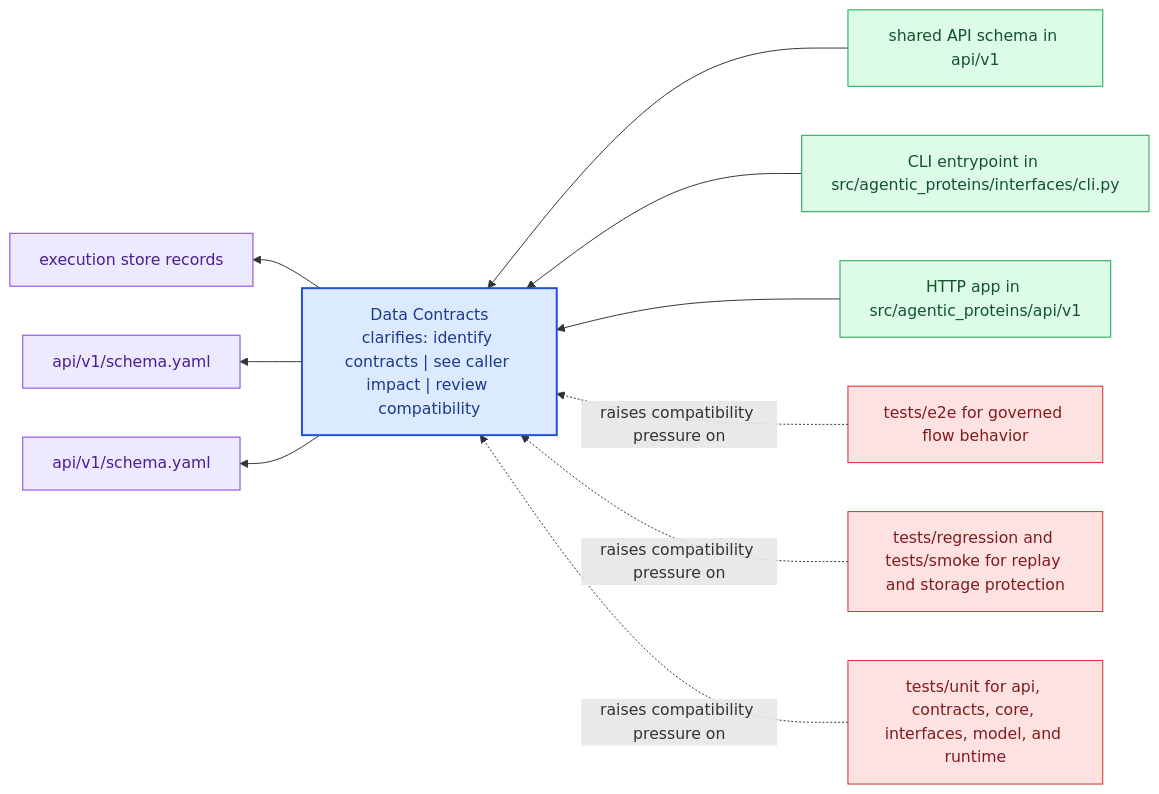
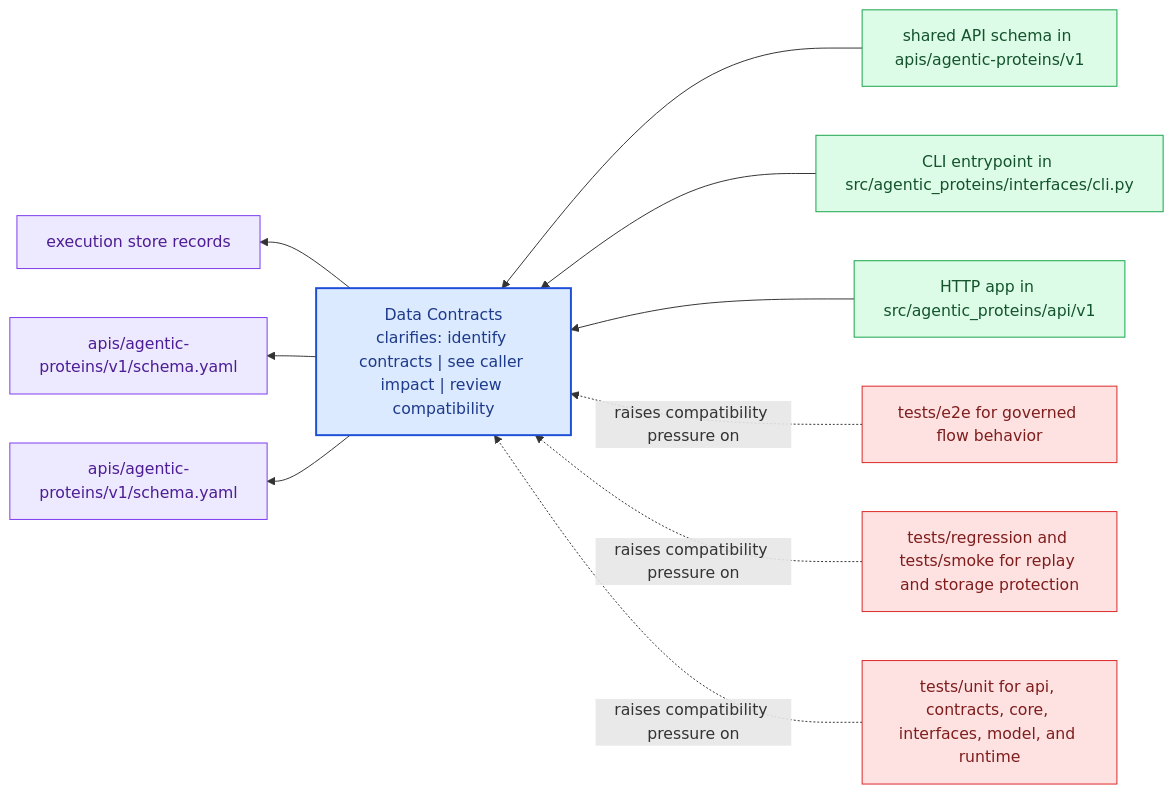
Before and after one commit to bijux/bijux-proteomics: the diagram in docs/agentic-proteins/interfaces/data-contracts.md, drawn with Mermaid. The commit also changed other lines of this file and 15 other files, not shown here.

Commit message:
docs(api): migrate schema references to apis contract tree

````diff
--- a/docs/agentic-proteins/interfaces/data-contracts.md
+++ b/docs/agentic-proteins/interfaces/data-contracts.md
@@ -23,31 +23,31 @@
 ```mermaid
 flowchart RL
     page["Data Contracts<br/>clarifies: identify contracts | see caller impact | review compatibility"]
     classDef page fill:#dbeafe,stroke:#1d4ed8,color:#1e3a8a,stroke-width:2px;
     classDef positive fill:#dcfce7,stroke:#16a34a,color:#14532d;
     classDef caution fill:#fee2e2,stroke:#dc2626,color:#7f1d1d;
     classDef anchor fill:#ede9fe,stroke:#7c3aed,color:#4c1d95;
     classDef action fill:#fef3c7,stroke:#d97706,color:#7c2d12;
-    surface1["shared API schema in api/v1"]
+    surface1["shared API schema in apis/agentic-proteins/v1"]
     surface1 --> page
     surface2["CLI entrypoint in src/agentic_proteins/interfaces/cli.py"]
     surface2 --> page
     surface3["HTTP app in src/agentic_proteins/api/v1"]
     surface3 --> page
     proof1["execution store records"]
     page --> proof1
-    proof2["api/v1/schema.yaml"]
+    proof2["apis/agentic-proteins/v1/schema.yaml"]
     page --> proof2
-    proof3["api/v1/schema.yaml"]
+    proof3["apis/agentic-proteins/v1/schema.yaml"]
     page --> proof3
     review1["tests/e2e for governed flow behavior"]
     review1 -.raises compatibility pressure on.-> page
     review2["tests/regression and tests/smoke for replay and storage protection"]
     review2 -.raises compatibility pressure on.-> page
     review3["tests/unit for api, contracts, core, interfaces, model, and runtime"]
     review3 -.raises compatibility pressure on.-> page
     class page page;
     class surface1,surface2,surface3 positive;
     class proof1,proof2,proof3 anchor;
     class review1,review2,review3 caution;
 ```
````
